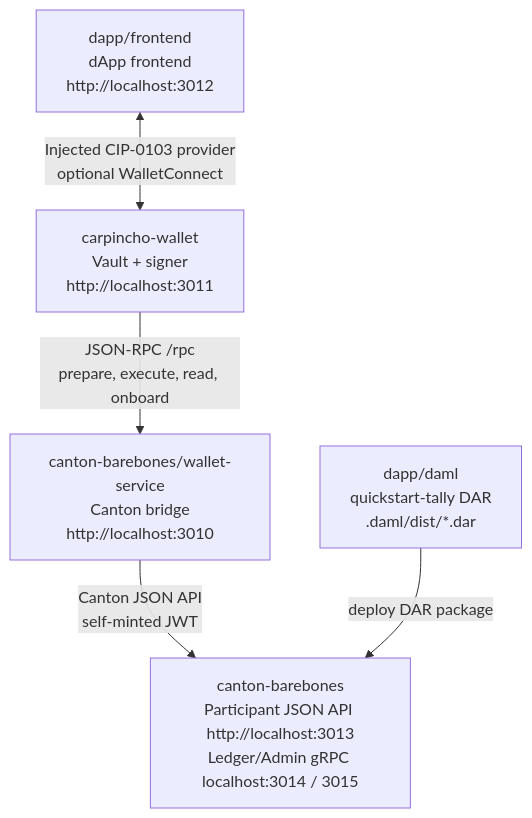
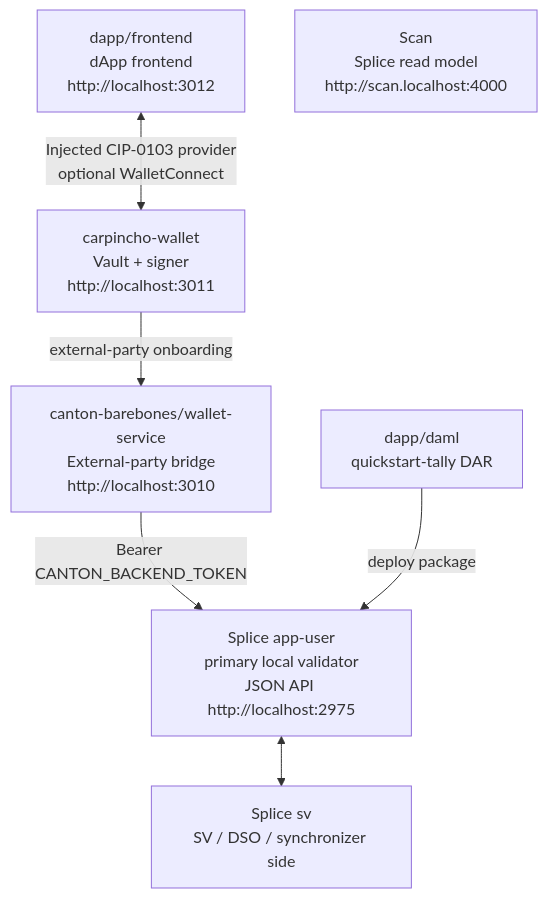
One commit to BootNodeDev/cn-dappbooster changed the diagram in README.md. Above: the diagram before and after it, drawn with Mermaid. The commit also changed other lines of this file and 4 other files, not shown here.

````diff
--- a/README.md
+++ b/README.md
@@ -5,13 +5,16 @@
 ```mermaid
 flowchart TD
   fe["dapp/frontend<br/>dApp frontend<br/>http://localhost:3012"]
   wallet["carpincho-wallet<br/>Vault + signer<br/>http://localhost:3011"]
-  ws["canton-barebones/wallet-service<br/>Canton bridge<br/>http://localhost:3010"]
-  cb["canton-barebones<br/>Participant JSON API http://localhost:3013<br/>Ledger/Admin gRPC localhost:3014 / 3015"]
-  dar["dapp/daml<br/>quickstart-tally DAR<br/>.daml/dist/*.dar"]
+  ws["canton-barebones/wallet-service<br/>External-party bridge<br/>http://localhost:3010"]
+  au["Splice app-user<br/>primary local validator<br/>JSON API http://localhost:2975"]
+  sv["Splice sv<br/>SV / DSO / synchronizer side"]
+  scan["Scan<br/>Splice read model<br/>http://scan.localhost:4000"]
+  dar["dapp/daml<br/>quickstart-tally DAR"]
 
   fe <-->|"Injected CIP-0103 provider<br/>optional WalletConnect"| wallet
-  wallet -->|"JSON-RPC /rpc<br/>prepare, execute, read, onboard"| ws
-  ws -->|"Canton JSON API<br/>self-minted JWT"| cb
-  dar -->|"deploy DAR package"| cb
+  wallet -->|"external-party onboarding"| ws
+  ws -->|"Bearer CANTON_BACKEND_TOKEN"| au
+  au <--> sv
+  dar -->|"deploy package"| au
 ```
````
